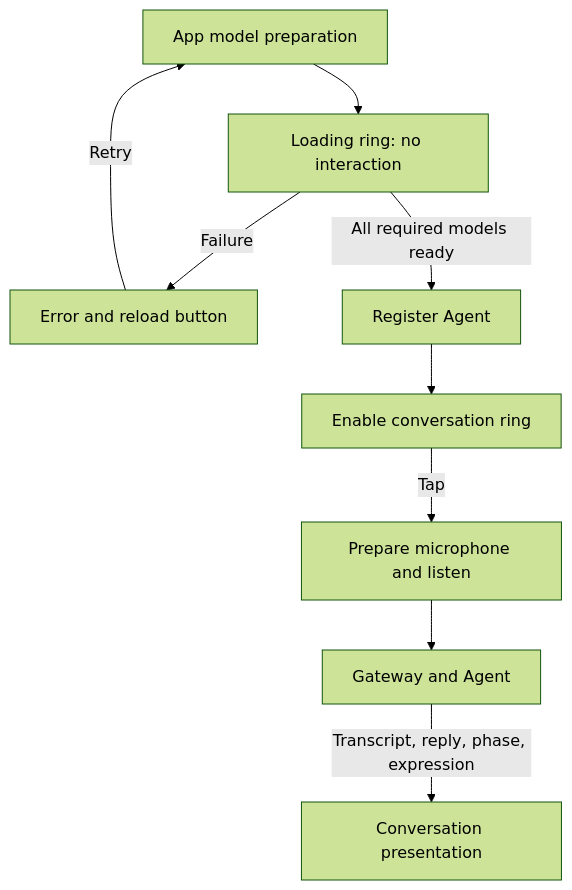
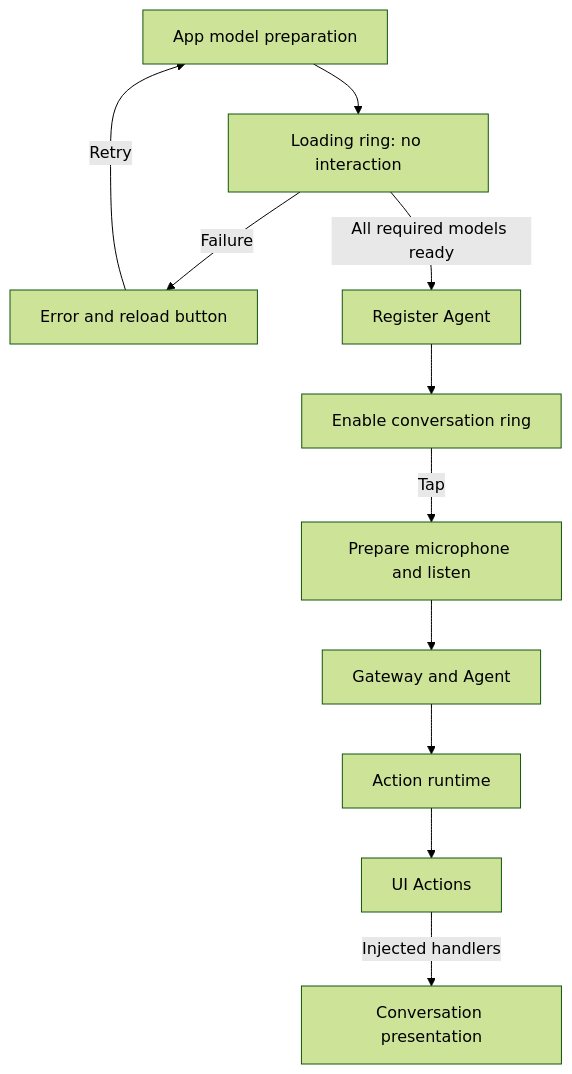
The diagram in MobileHarness/Experience/Conversation/README.md (devilyouwei/MobileHarness), drawn with Mermaid (forest theme) before and after one commit. The commit also changed other lines of this file and 63 other files, not shown here.

````diff
--- a/MobileHarness/Experience/Conversation/README.md
+++ b/MobileHarness/Experience/Conversation/README.md
@@ -12,11 +12,13 @@
 ```mermaid
 flowchart TD
     App[App model preparation] --> Loading[Loading ring: no interaction]
     Loading -->|Failure| Error[Error and reload button]
     Error -->|Retry| App
     Loading -->|All required models ready| Agent[Register Agent]
     Agent --> Ready[Enable conversation ring]
     Ready -->|Tap| Listening[Prepare microphone and listen]
     Listening --> Gateway[Gateway and Agent]
-    Gateway -->|Transcript, reply, phase, expression| View[Conversation presentation]
+    Gateway --> Runtime[Action runtime]
+    Runtime --> UI[UI Actions]
+    UI -->|Injected handlers| View[Conversation presentation]
 ```
````
